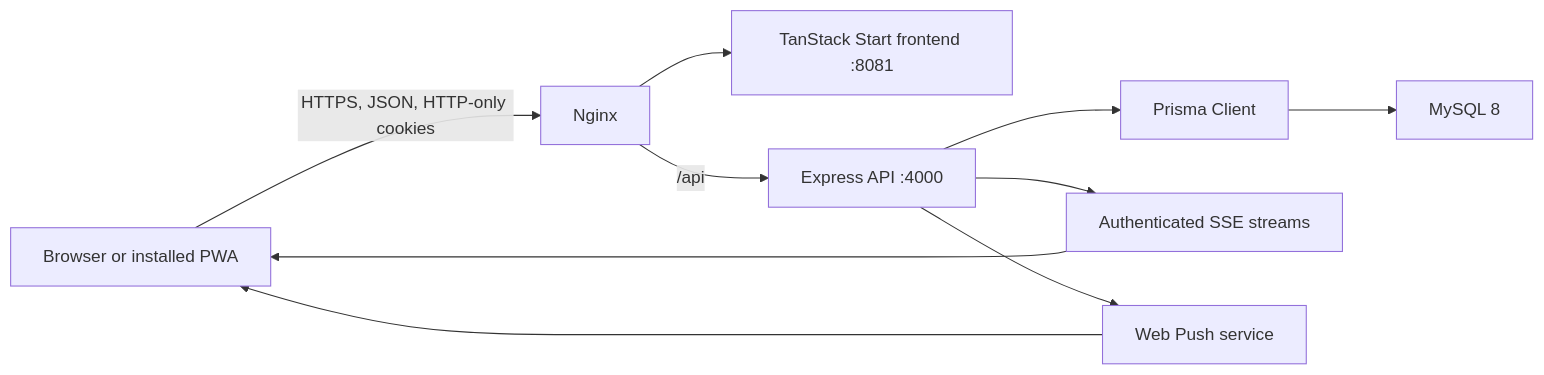
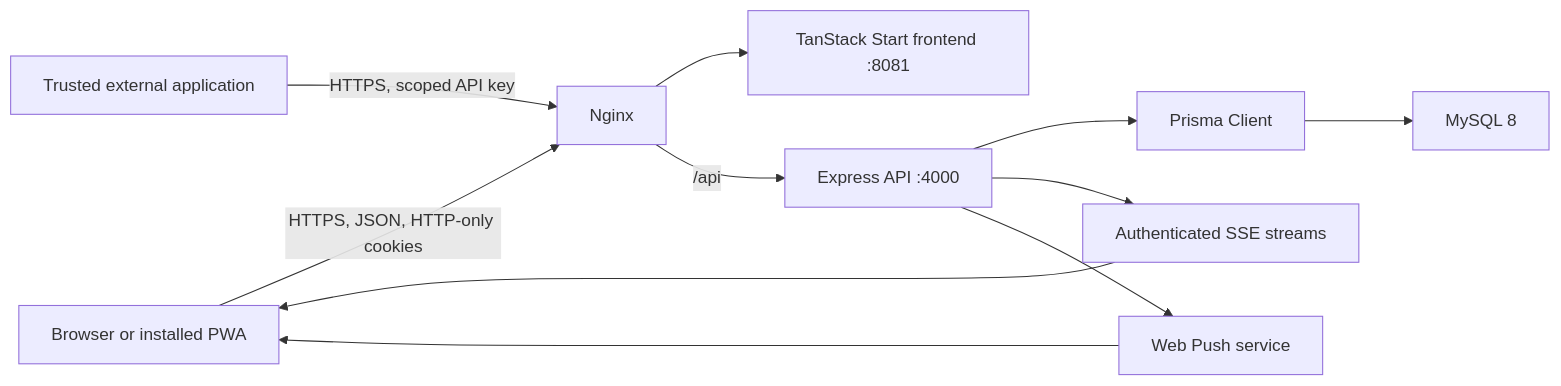
Before and after one commit to Sameerreddy-ATD/Atd-Hrms: the first of 2 diagrams in docs/TECHNICAL_OVERVIEW.md, drawn with Mermaid. The commit also changed other lines of this file and 42 other files, not shown here.

Commit message:
Add workforce workflows and employee integration API

````diff
--- a/docs/TECHNICAL_OVERVIEW.md
+++ b/docs/TECHNICAL_OVERVIEW.md
@@ -5,12 +5,13 @@
 ```mermaid
 flowchart LR
   Client["Browser or installed PWA"] -->|"HTTPS, JSON, HTTP-only cookies"| Nginx["Nginx"]
+  Integration["Trusted external application"] -->|"HTTPS, scoped API key"| Nginx
   Nginx --> Frontend["TanStack Start frontend :8081"]
   Nginx -->|"/api"| Backend["Express API :4000"]
   Backend --> Prisma["Prisma Client"]
   Prisma --> MySQL["MySQL 8"]
   Backend --> Live["Authenticated SSE streams"]
   Backend --> Push["Web Push service"]
   Live --> Client
   Push --> Client
 ```
````
